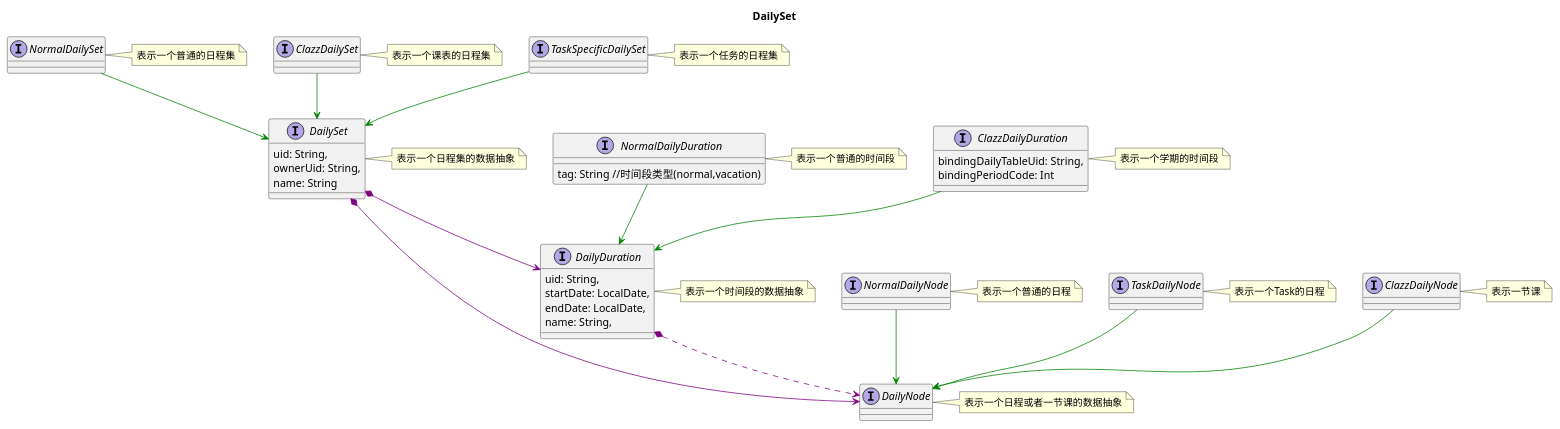
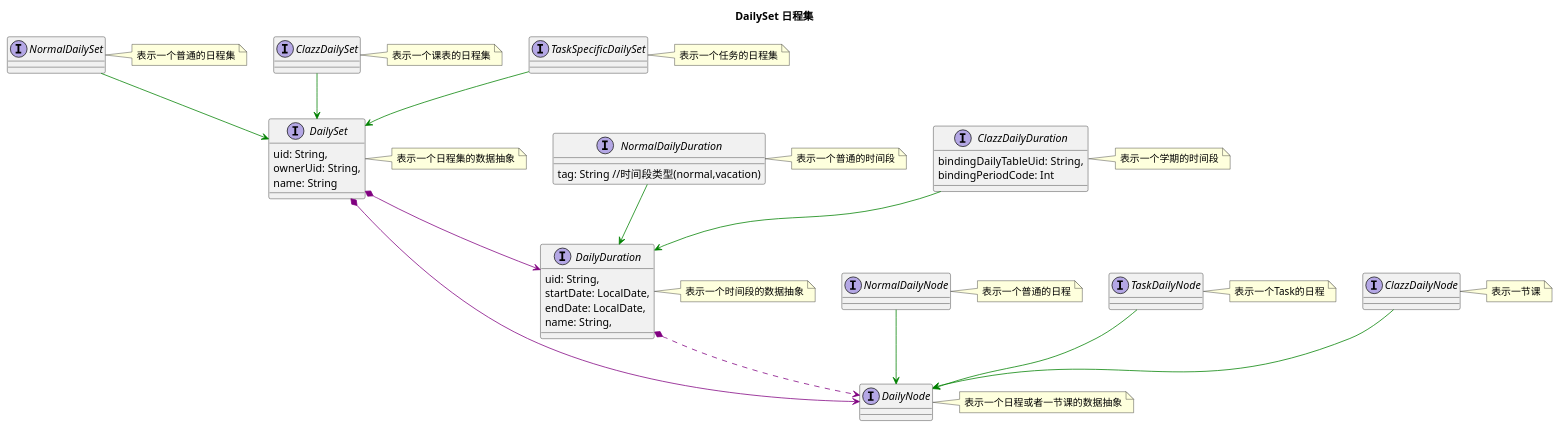
Before and after one commit to h1542462994/homework.gallery: the diagram in computer science/android/dailyset.plantuml, drawn with PlantUML. The commit also changed 3 other files, not shown here.

Commit message:
添加uml图

```diff
--- a/computer science/android/dailyset.plantuml
+++ b/computer science/android/dailyset.plantuml
@@ -1,71 +1,71 @@
 @startuml
-title "DailySet"
+title "DailySet 日程集"
 
 interface DailyDuration{
     uid: String,
     startDate: LocalDate,
     endDate: LocalDate,
     name: String,
 }
 note right: 表示一个时间段的数据抽象
 
 interface NormalDailyDuration {
     tag: String //时间段类型(normal,vacation)
 }
 note right: 表示一个普通的时间段
 
 interface ClazzDailyDuration {
     bindingDailyTableUid: String,
     bindingPeriodCode: Int
 }
 note right: 表示一个学期的时间段
 
 NormalDailyDuration --> DailyDuration #Green
 ClazzDailyDuration --> DailyDuration #Green
 
 interface DailySet {
     uid: String,
     ownerUid: String,
     name: String
 }
 note right: 表示一个日程集的数据抽象
 
 interface NormalDailySet {
     
 }
 note right: 表示一个普通的日程集
 
 interface ClazzDailySet {
 
 }
 note right: 表示一个课表的日程集
 
 interface TaskSpecificDailySet {
     
 }
 note right: 表示一个任务的日程集
 
 NormalDailySet --> DailySet #Green
 ClazzDailySet --> DailySet #Green
 TaskSpecificDailySet --> DailySet #Green
 
 DailySet *--> DailyDuration #Purple
 
 interface DailyNode 
 note right: 表示一个日程或者一节课的数据抽象
 interface NormalDailyNode
 note right: 表示一个普通的日程
 
 interface TaskDailyNode
 note right: 表示一个Task的日程
 
 interface ClazzDailyNode
 note right: 表示一节课
 
 NormalDailyNode --> DailyNode #Green
 TaskDailyNode --> DailyNode #Green
 ClazzDailyNode --> DailyNode #Green
 
 DailySet *--> DailyNode #Purple
 DailyDuration *..> DailyNode #Purple
 @enduml
```
